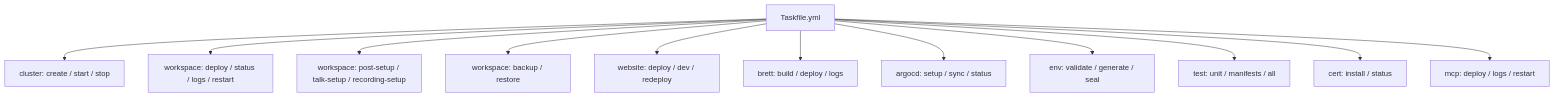
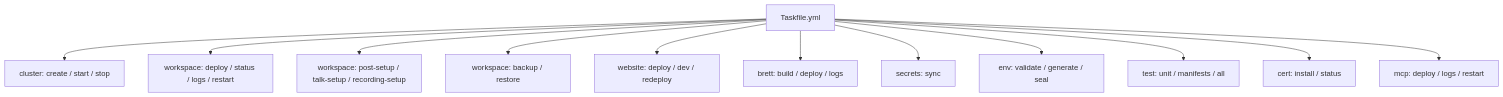
The diagram in k3d/docs-content/operations.md (Paddione/Bachelorprojekt), drawn with Mermaid before and after one commit. The commit also changed other lines of this file and 32 other files, not shown here.

First line of the commit message:
chore(infra): remove ArgoCD, add secrets:sync task (#782)

````diff
--- a/k3d/docs-content/operations.md
+++ b/k3d/docs-content/operations.md
@@ -3,15 +3,15 @@
 ```mermaid
 flowchart TB
   TF[Taskfile.yml]
   TF --> Cluster[cluster: create / start / stop]
   TF --> WS[workspace: deploy / status / logs / restart]
   TF --> Post[workspace: post-setup / talk-setup / recording-setup]
   TF --> BU[workspace: backup / restore]
   TF --> WEB[website: deploy / dev / redeploy]
   TF --> Brett[brett: build / deploy / logs]
-  TF --> Argo[argocd: setup / sync / status]
+  TF --> Secrets[secrets: sync]
   TF --> ENV[env: validate / generate / seal]
   TF --> Test[test: unit / manifests / all]
   TF --> Cert[cert: install / status]
   TF --> MCP[mcp: deploy / logs / restart]
 ```
````
